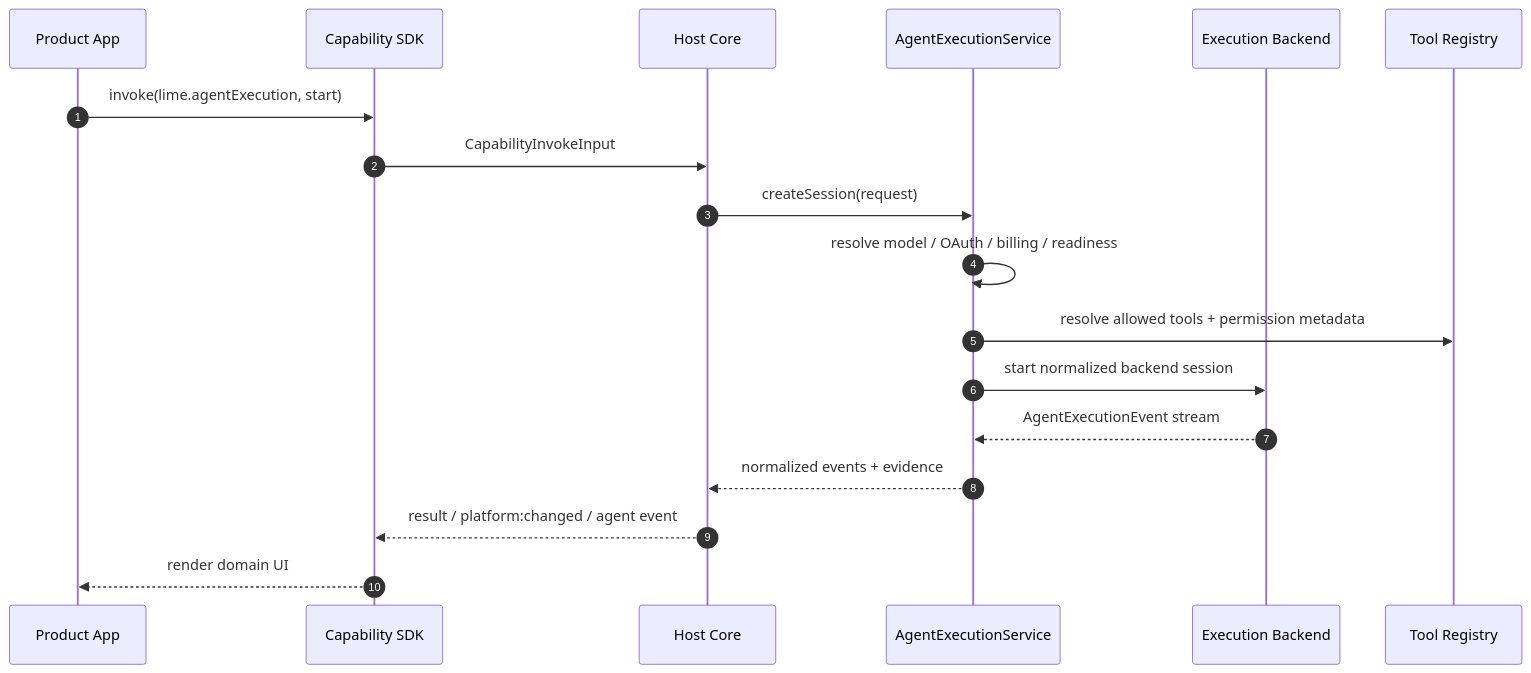
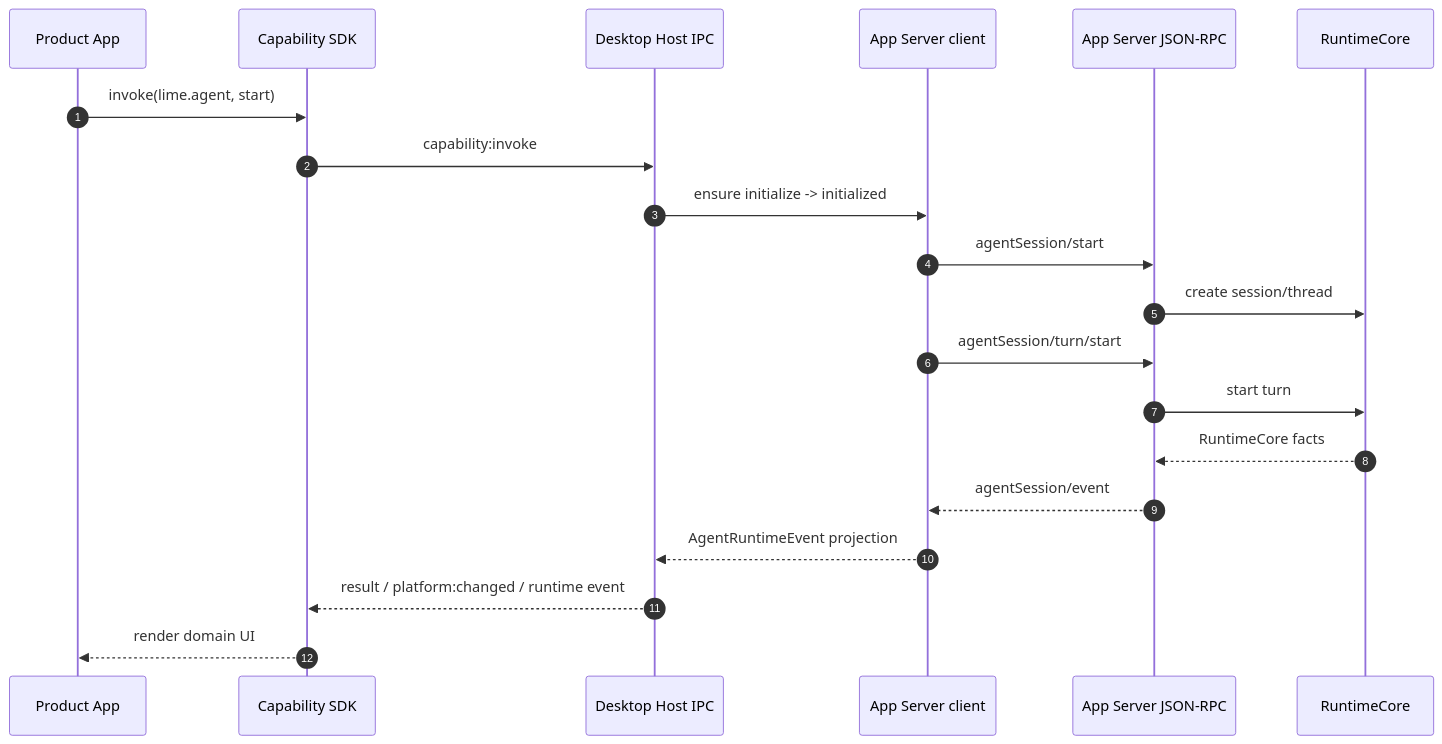
Before and after one commit to limecloud/lime-desktop-platform: diagram 19 of 20 in docs/v1/architecture-diagrams.md, drawn with Mermaid. The commit also changed other lines of this file and 77 other files, not shown here.

Commit message:
Release desktop platform v0.1.5

````diff
--- a/docs/v1/architecture-diagrams.md
+++ b/docs/v1/architecture-diagrams.md
@@ -494,21 +489,23 @@
 ```mermaid
 sequenceDiagram
   autonumber
   participant App as Product App
   participant SDK as Capability SDK
-  participant Core as Host Core
-  participant Exec as AgentExecutionService
-  participant Backend as Execution Backend
-  participant Tools as Tool Registry
+  participant Host as Desktop Host IPC
+  participant Client as App Server client
+  participant Server as App Server JSON-RPC
+  participant Core as RuntimeCore
 
-  App->>SDK: invoke(lime.agentExecution, start)
-  SDK->>Core: CapabilityInvokeInput
-  Core->>Exec: createSession(request)
-  Exec->>Exec: resolve model / OAuth / billing / readiness
-  Exec->>Tools: resolve allowed tools + permission metadata
-  Exec->>Backend: start normalized backend session
-  Backend-->>Exec: AgentExecutionEvent stream
-  Exec-->>Core: normalized events + evidence
-  Core-->>SDK: result / platform:changed / agent event
+  App->>SDK: invoke(lime.agent, start)
+  SDK->>Host: capability:invoke
+  Host->>Client: ensure initialize -> initialized
+  Client->>Server: agentSession/start
+  Server->>Core: create session/thread
+  Client->>Server: agentSession/turn/start
+  Server->>Core: start turn
+  Core-->>Server: RuntimeCore facts
+  Server-->>Client: agentSession/event
+  Client-->>Host: AgentRuntimeEvent projection
+  Host-->>SDK: result / platform:changed / runtime event
   SDK-->>App: render domain UI
 ```
````
